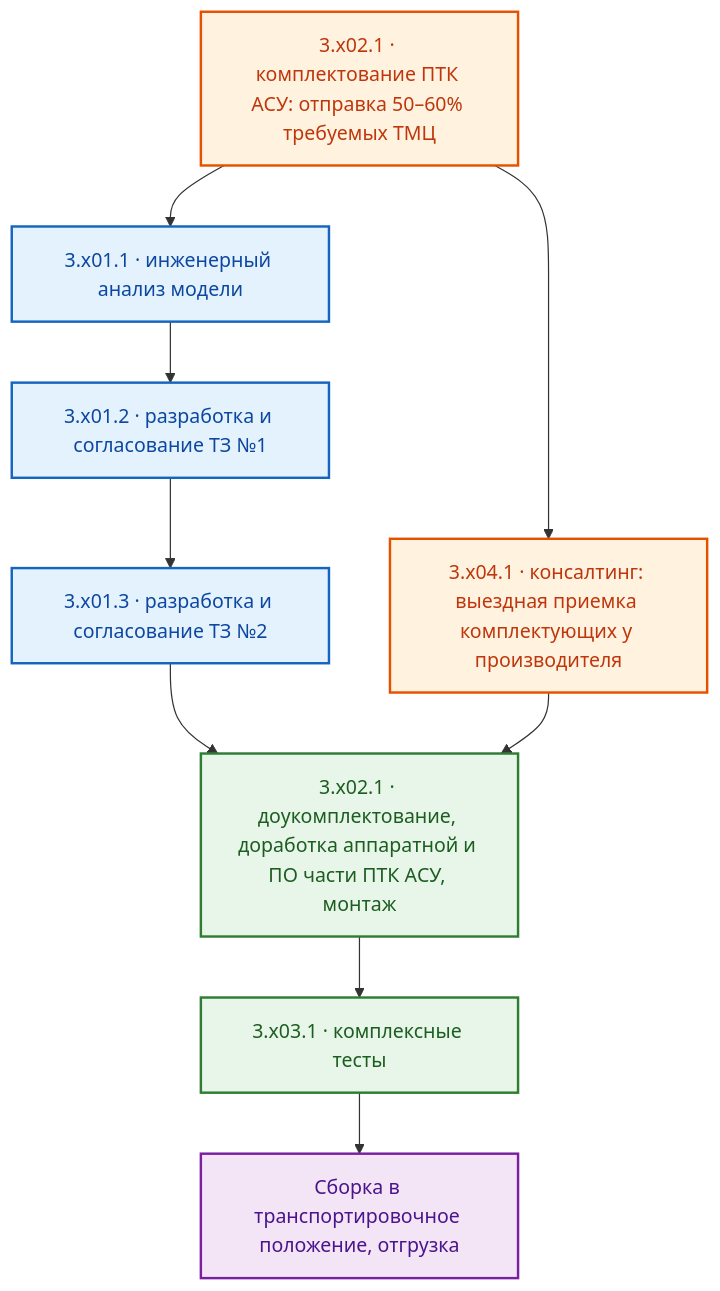
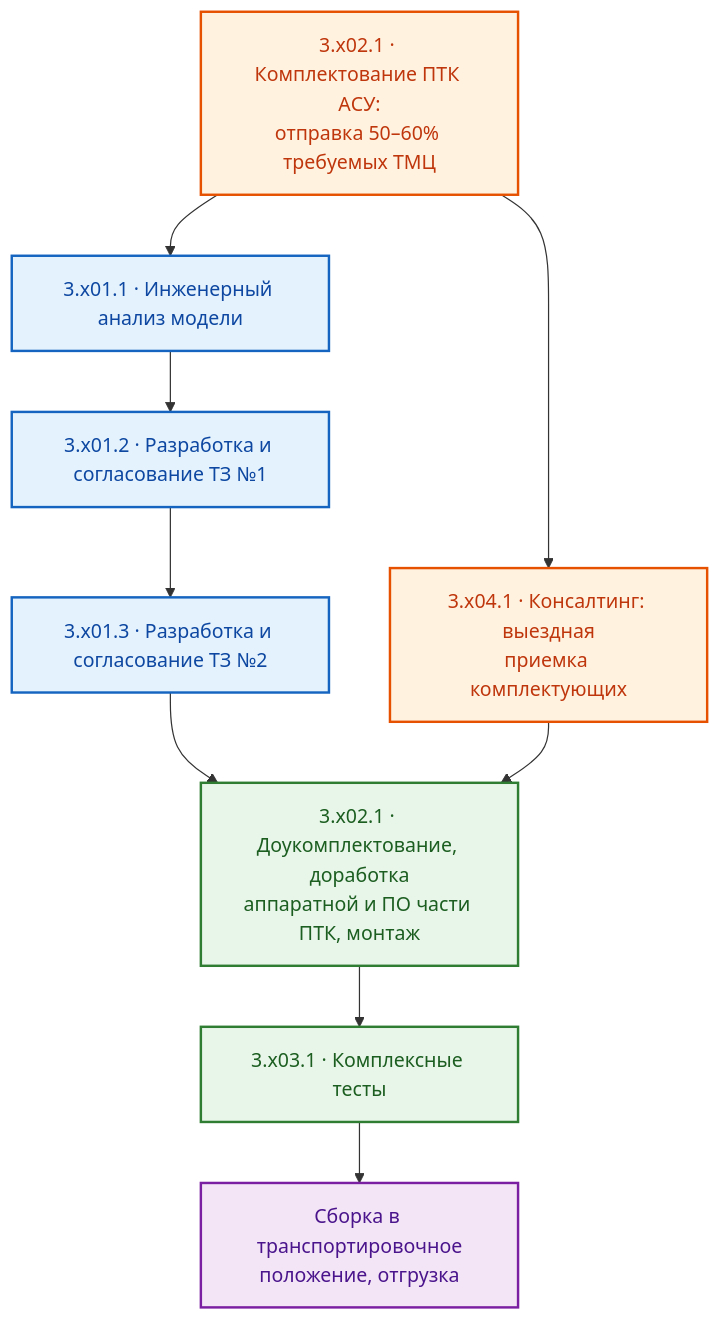
Before and after one commit to Konkery/Project-8_2026-N0-HORIZON: the third of 3 diagrams in 04__Договор/pre-contract-negotiations.md, drawn with Mermaid. The commit also changed other lines of this file and 2 other files, not shown here.

````diff
--- a/04__Договор/pre-contract-negotiations.md
+++ b/04__Договор/pre-contract-negotiations.md
@@ -411,17 +414,17 @@
 ```mermaid
 flowchart TD
     classDef storage fill:#E3F2FD,stroke:#1565C0,stroke-width:2px,color:#0D47A1;
     classDef engine  fill:#FFF3E0,stroke:#E65100,stroke-width:2px,color:#BF360C;
     classDef lib     fill:#E8F5E9,stroke:#2E7D32,stroke-width:2px,color:#1B5E20;
     classDef output  fill:#F3E5F5,stroke:#7B1FA2,stroke-width:2px,color:#4A148C;
 
-    A[3.x02.1 · комплектование ПТК АСУ: отправка 50–60% требуемых ТМЦ]:::engine --> B
-    A --> K[3.x04.1 · консалтинг: выездная приемка комплектующих у производителя]:::engine
-    B[3.x01.1 · инженерный анализ модели]:::storage --> C
-    C[3.x01.2 · разработка и согласование ТЗ №1]:::storage --> D
-    D[3.x01.3 · разработка и согласование ТЗ №2]:::storage --> E
+    A["3.x02.1 · Комплектование ПТК АСУ:<br/>отправка 50–60% требуемых ТМЦ"]:::engine --> B
+    A --> K["3.x04.1 · Консалтинг: выездная<br/>приемка комплектующих"]:::engine
+    B["3.x01.1 · Инженерный анализ модели"]:::storage --> C
+    C["3.x01.2 · Разработка и согласование ТЗ №1"]:::storage --> D
+    D["3.x01.3 · Разработка и согласование ТЗ №2"]:::storage --> E
     K --> E
-    E[3.x02.1 · доукомплектование, доработка аппаратной и ПО части ПТК АСУ, монтаж]:::lib --> F
-    F[3.x03.1 · комплексные тесты]:::lib --> G
-    G[Сборка в транспортировочное положение, отгрузка]:::output
+    E["3.x02.1 · Доукомплектование, доработка<br/>аппаратной и ПО части ПТК, монтаж"]:::lib --> F
+    F["3.x03.1 · Комплексные тесты"]:::lib --> G
+    G["Сборка в транспортировочное<br/>положение, отгрузка"]:::output
 ```
````
